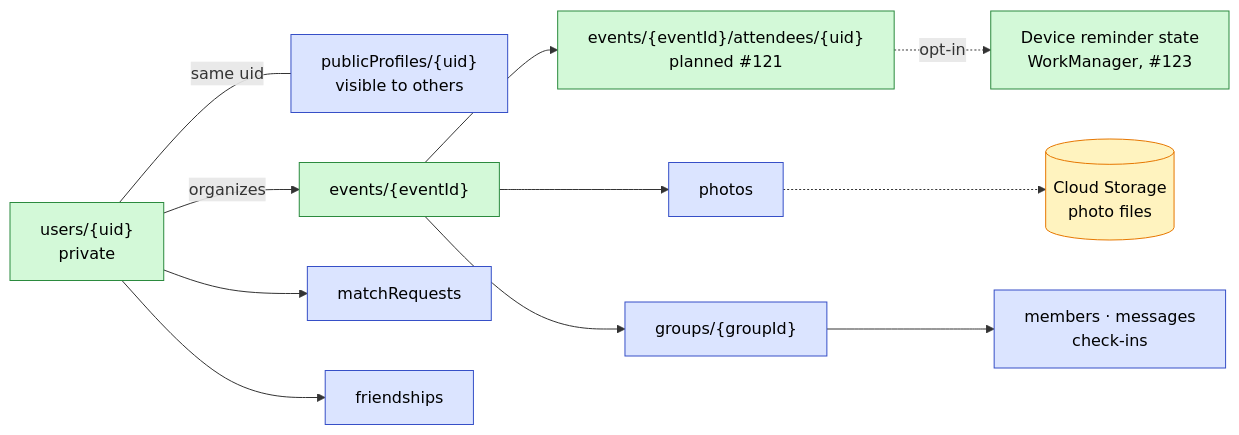
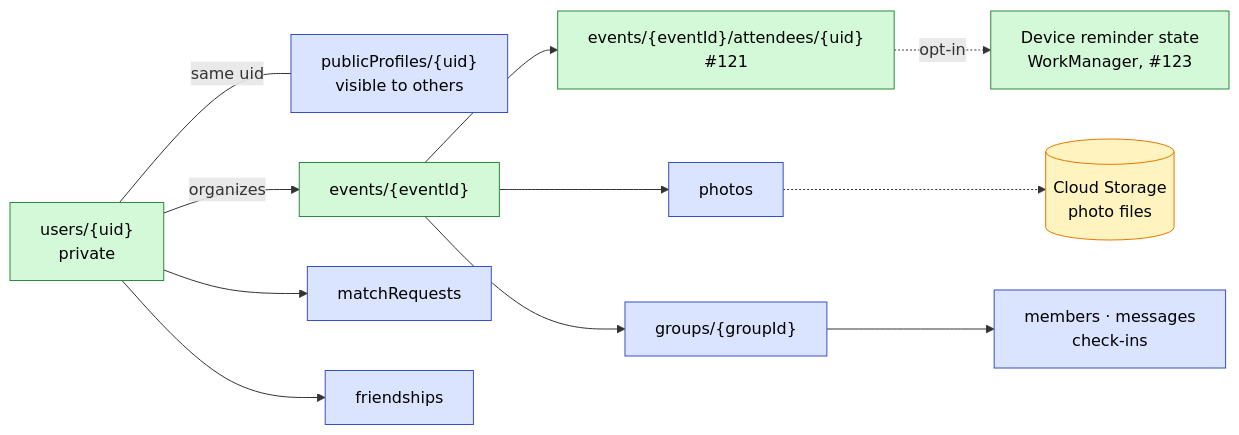
Before and after one commit to swent-polysocial/PolySocial: diagram 11 of 11 in docs/Architecture-Diagram.md, drawn with Mermaid. The commit also changed other lines of this file and 1 other file, not shown here.

````diff
--- a/docs/Architecture-Diagram.md
+++ b/docs/Architecture-Diagram.md
@@ -346,29 +347,29 @@
 ```mermaid
 flowchart LR
   classDef s1 fill:#d3f9d8,stroke:#2b8a3e,color:#000
   classDef pb fill:#dbe4ff,stroke:#364fc7,color:#000
   classDef ext fill:#fff3bf,stroke:#e67700,color:#000
 
   users["users/{uid}<br/>private"]:::s1
   pub["publicProfiles/{uid}<br/>visible to others"]:::pb
   events["events/{eventId}"]:::s1
-  reg["events/{eventId}/attendees/{uid}<br/>planned #121"]:::s1
+  reg["events/{eventId}/attendees/{uid}<br/>#121"]:::s1
   reminders["Device reminder state<br/>WorkManager, #123"]:::s1
   photos["photos"]:::pb
   groups["groups/{groupId}"]:::pb
   sub["members · messages<br/>check-ins"]:::pb
   mreq["matchRequests"]:::pb
   friends["friendships"]:::pb
   storage[("Cloud Storage<br/>photo files")]:::ext
 
   users --- |"same uid"| pub
   users -->|"organizes"| events
   events --> reg
   reg -. opt-in .-> reminders
   events --> photos
   photos -.-> storage
   events --> groups
   groups --> sub
   users --> mreq
   users --> friends
 ```
````
